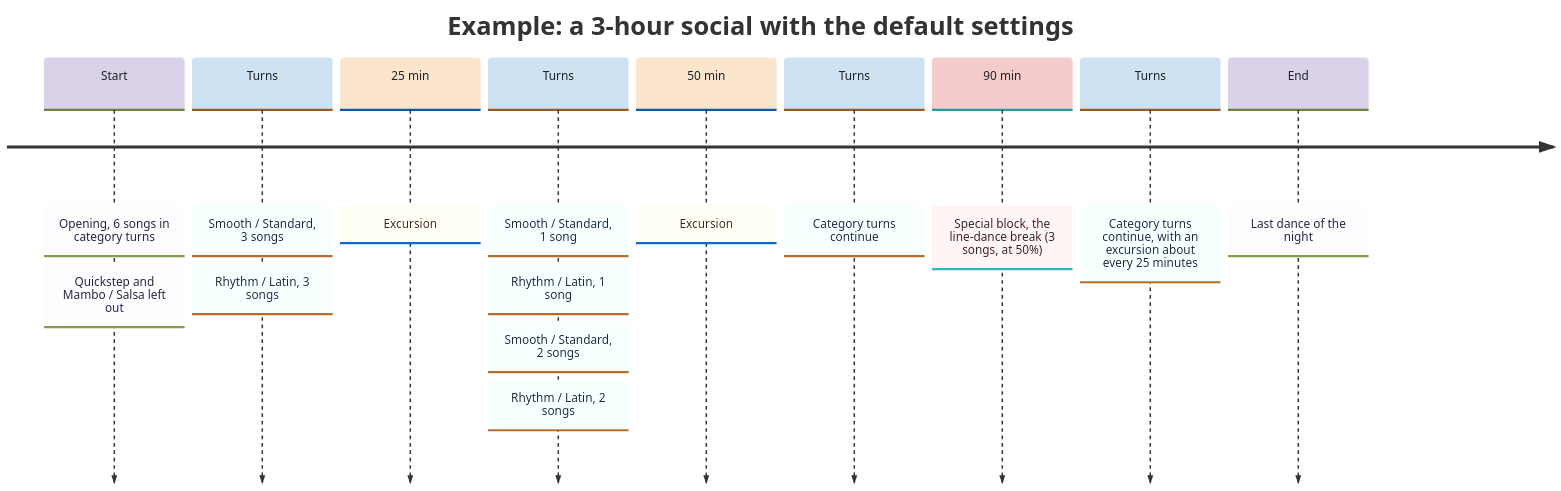
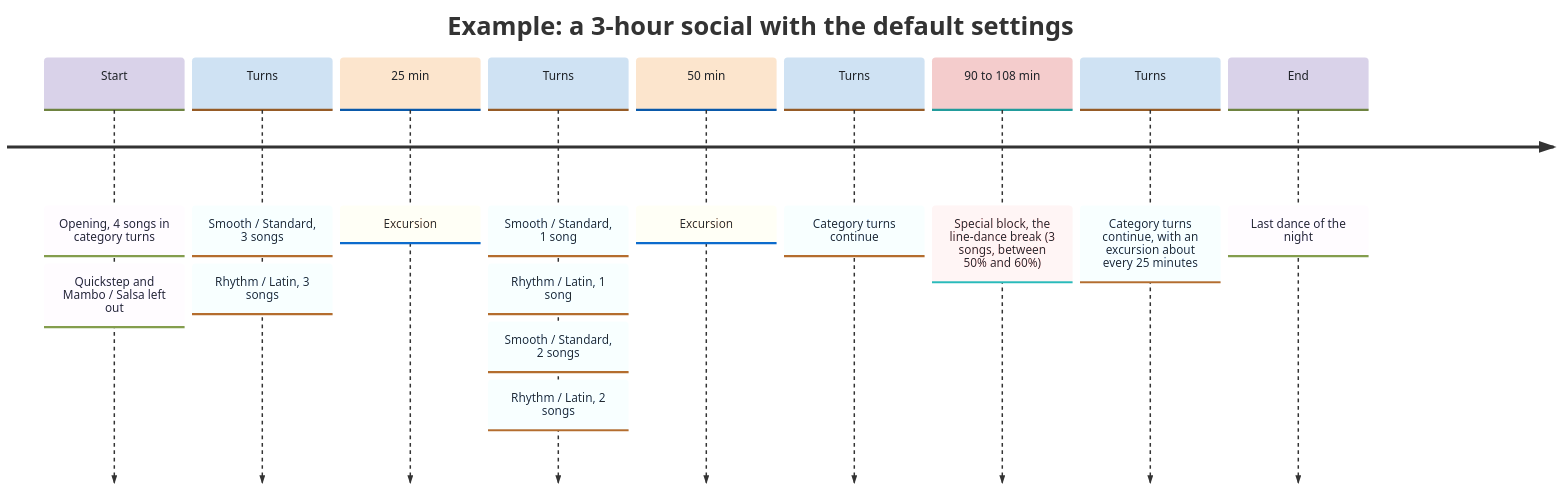
Before and after one commit to maxluo97/ballroom-social-playlist-generator: the second of 4 diagrams in README.md, drawn with Mermaid. The commit also changed other lines of this file and 36 other files, not shown here.

````diff
--- a/README.md
+++ b/README.md
@@ -74,14 +75,14 @@
 ```mermaid
 %%{init: {"theme": "base", "themeVariables": {"cScale0": "#d9d2e9", "cScaleLabel0": "#1f2328", "cScale1": "#cfe2f3", "cScaleLabel1": "#1f2328", "cScale2": "#fce5cd", "cScaleLabel2": "#1f2328", "cScale3": "#cfe2f3", "cScaleLabel3": "#1f2328", "cScale4": "#fce5cd", "cScaleLabel4": "#1f2328", "cScale5": "#cfe2f3", "cScaleLabel5": "#1f2328", "cScale6": "#f4cccc", "cScaleLabel6": "#1f2328", "cScale7": "#cfe2f3", "cScaleLabel7": "#1f2328", "cScale8": "#d9d2e9", "cScaleLabel8": "#1f2328"}}}%%
 timeline
   title Example: a 3-hour social with the default settings
-  Start : Opening, 6 songs in category turns : Quickstep and Mambo / Salsa left out
+  Start : Opening, 4 songs in category turns : Quickstep and Mambo / Salsa left out
   Turns : Smooth / Standard, 3 songs : Rhythm / Latin, 3 songs
   25 min : Excursion
   Turns : Smooth / Standard, 1 song : Rhythm / Latin, 1 song : Smooth / Standard, 2 songs : Rhythm / Latin, 2 songs
   50 min : Excursion
   Turns : Category turns continue
-  90 min : Special block, the line-dance break (3 songs, at 50%)
+  90 to 108 min : Special block, the line-dance break (3 songs, between 50% and 60%)
   Turns : Category turns continue, with an excursion about every 25 minutes
   End : Last dance of the night
 ```
````
